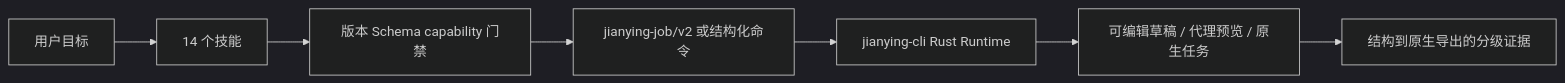
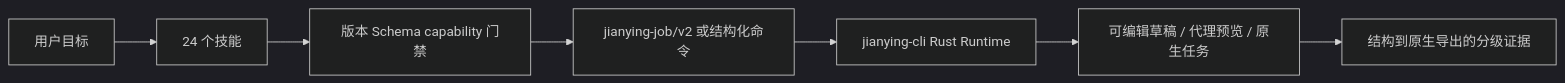
The diagram in README.zh-CN.md (full-aigc-skills/jianying-skills), drawn with Mermaid (dark theme) before and after one commit. The commit also changed other lines of this file and 71 other files, not shown here.

````diff
--- a/README.zh-CN.md
+++ b/README.zh-CN.md
@@ -19,9 +19,9 @@
 ```mermaid
 flowchart LR
-    U[用户目标] --> S[14 个技能]
+    U[用户目标] --> S[24 个技能]
     S --> G[版本 Schema capability 门禁]
     G --> J[jianying-job/v2 或结构化命令]
     J --> R[jianying-cli Rust Runtime]
     R --> D[可编辑草稿 / 代理预览 / 原生任务]
     D --> E[结构到原生导出的分级证据]
 ```
````
